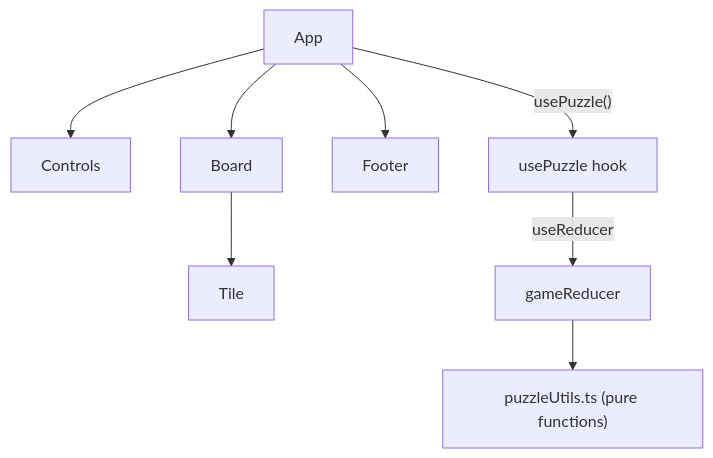
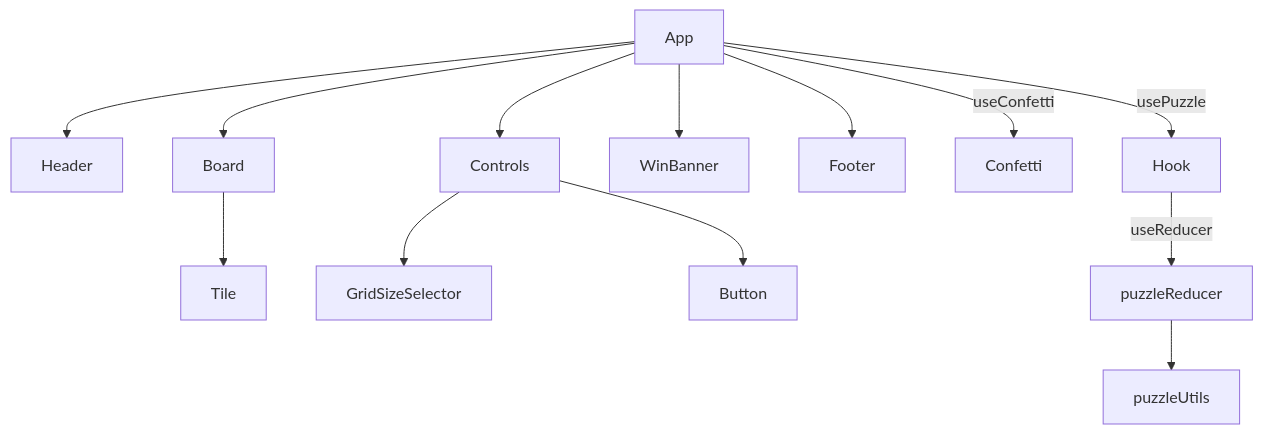
One commit to msfern/slido changed the diagram in README.md. Above: the diagram before and after it, drawn with Mermaid. The commit also changed other lines of this file and 17 other files, not shown here.

First line of the commit message:
docs: sync README with current architecture and components

````diff
--- a/README.md
+++ b/README.md
@@ -71,10 +72,15 @@
 ```mermaid
 flowchart TD
+    App --> Header
     App --> Controls
     App --> Board
+    App --> WinBanner
     App --> Footer
+    App -->|useConfetti| Confetti
     Board --> Tile
-    App -->|"usePuzzle()"| Hook["usePuzzle hook"]
-    Hook -->|"useReducer"| Reducer["gameReducer"]
-    Reducer --> puzzleUtils["puzzleUtils.ts (pure functions)"]
+    Controls --> GridSizeSelector
+    Controls --> Button
+    App -->|usePuzzle| Hook
+    Hook -->|useReducer| puzzleReducer
+    puzzleReducer --> puzzleUtils
 ```
````
